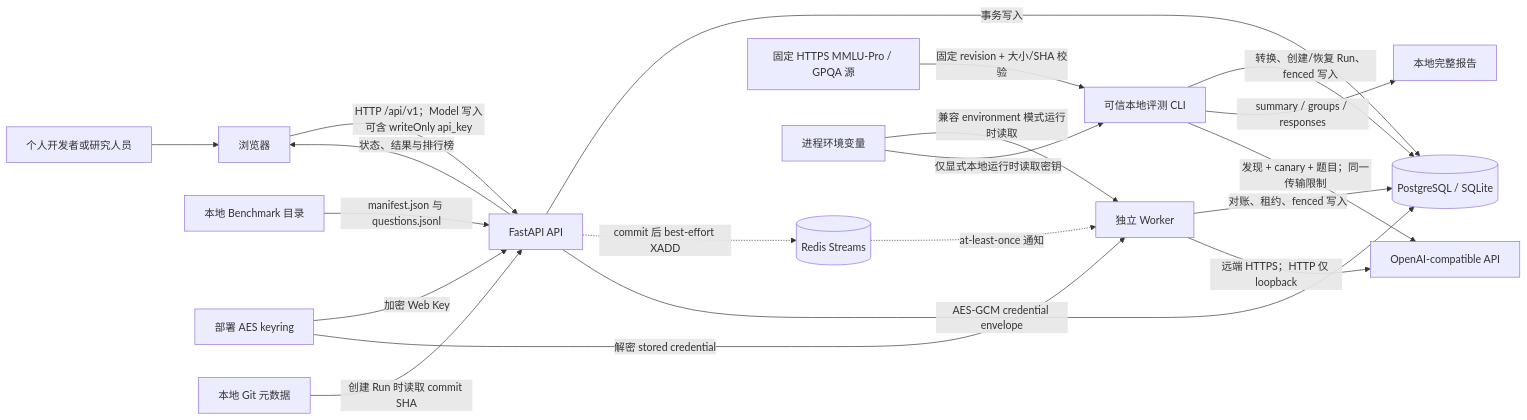
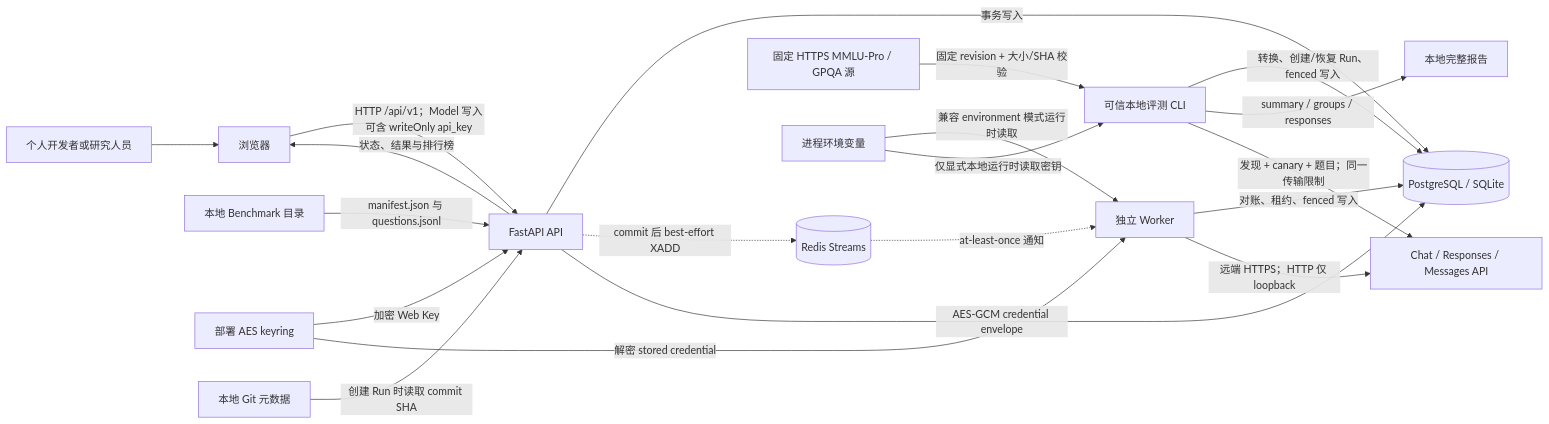
The first of 7 diagrams in docs/ARCHITECTURE.md (CWNU-Open-Source-Community/LLMBenchLab), drawn with Mermaid before and after one commit. The commit also changed other lines of this file and 58 other files, not shown here.

````diff
--- a/docs/ARCHITECTURE.md
+++ b/docs/ARCHITECTURE.md
@@ -19,37 +19,37 @@
 ```mermaid
 flowchart LR
     User[个人开发者或研究人员]
     Browser[浏览器]
     API[FastAPI API]
     Worker[独立 Worker]
     DB[(PostgreSQL / SQLite)]
     Queue[(Redis Streams)]
     Dataset[本地 Benchmark 目录]
     Pinned[固定 HTTPS MMLU-Pro / GPQA 源]
     CLI[可信本地评测 CLI]
     Reports[本地完整报告]
     Env[进程环境变量]
     Keyring[部署 AES keyring]
-    Upstream[OpenAI-compatible API]
+    Upstream[Chat / Responses / Messages API]
     Git[本地 Git 元数据]
 
     User --> Browser
     Browser -->|HTTP /api/v1；Model 写入可含 writeOnly api_key| API
     Dataset -->|manifest.json 与 questions.jsonl| API
     Pinned -->|固定 revision + 大小/SHA 校验| CLI
     CLI -->|转换、创建/恢复 Run、fenced 写入| DB
     CLI -->|summary / groups / responses| Reports
     Git -->|创建 Run 时读取 commit SHA| API
     API -->|事务写入| DB
     API -.->|commit 后 best-effort XADD| Queue
     Queue -.->|at-least-once 通知| Worker
     Worker -->|对账、租约、fenced 写入| DB
     API -->|AES-GCM credential envelope| DB
     Keyring -->|加密 Web Key| API
     Keyring -->|解密 stored credential| Worker
     Env -->|兼容 environment 模式运行时读取| Worker
     Env -->|仅显式本地运行时读取密钥| CLI
     Worker -->|远端 HTTPS；HTTP 仅 loopback| Upstream
     CLI -->|发现 + canary + 题目；同一传输限制| Upstream
     API -->|状态、结果与排行榜| Browser
 ```
````
